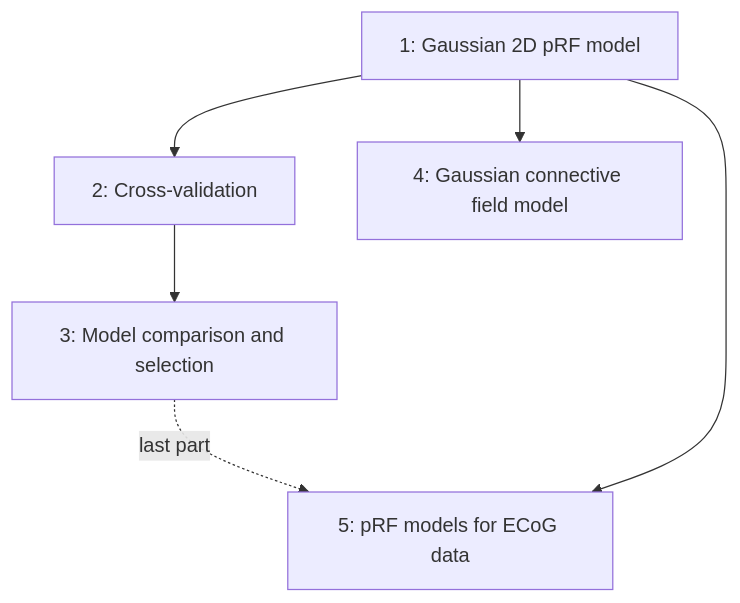
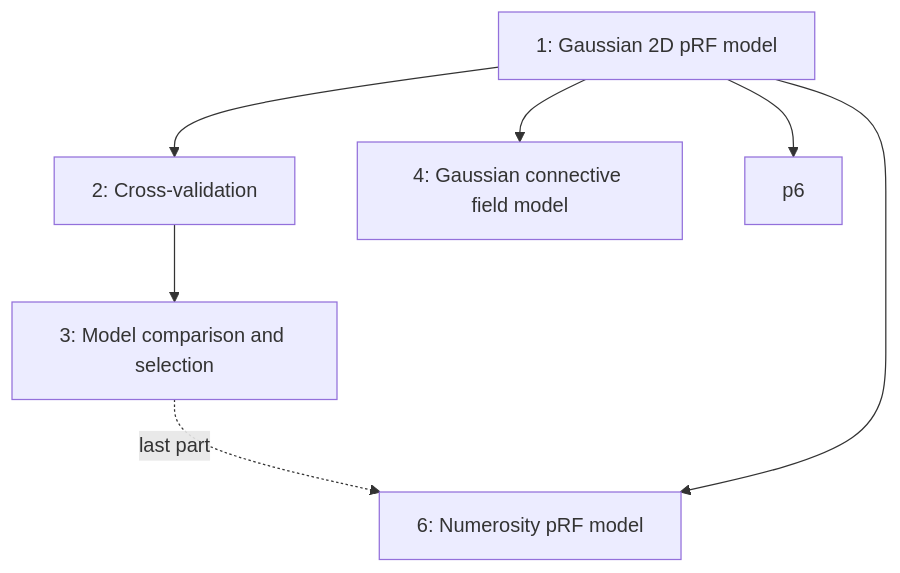
One commit to popylar-org/2026-11-05_workshop-coimbra changed the diagram in development/_sources/workshop/index.md. Above: the diagram before and after it, drawn with Mermaid. The commit also changed other lines of this file and 86 other files, not shown here.

````diff
--- a/development/_sources/workshop/index.md
+++ b/development/_sources/workshop/index.md
@@ -14,18 +14,21 @@
 ```{mermaid}
 flowchart TD
     p1["1: Gaussian 2D pRF model"]
     p2["2: Cross-validation"]
     p3["3: Model comparison and selection"]
     p4["4: Gaussian connective field model"]
     p5["5: pRF models for ECoG data"]
+    p5["6: Numerosity pRF model"]
 
     p1 --> p2 --> p3 -. last part .-> p5
     p1 --> p5
     p1 --> p4
+    p1 --> p6
 
     click p1 href "01-prf-visual-fmri.html"
     click p2 href "02-prf-visual-fmri-cv.html"
     click p3 href "03-prf-visual-fmri-comparison.html"
     click p4 href "04-cf-visual-fmri.html"
     click p5 href "05-prf-visual-ecog.html"
+    click p6 href "06-prf-numerosity.html"
 ```
````
